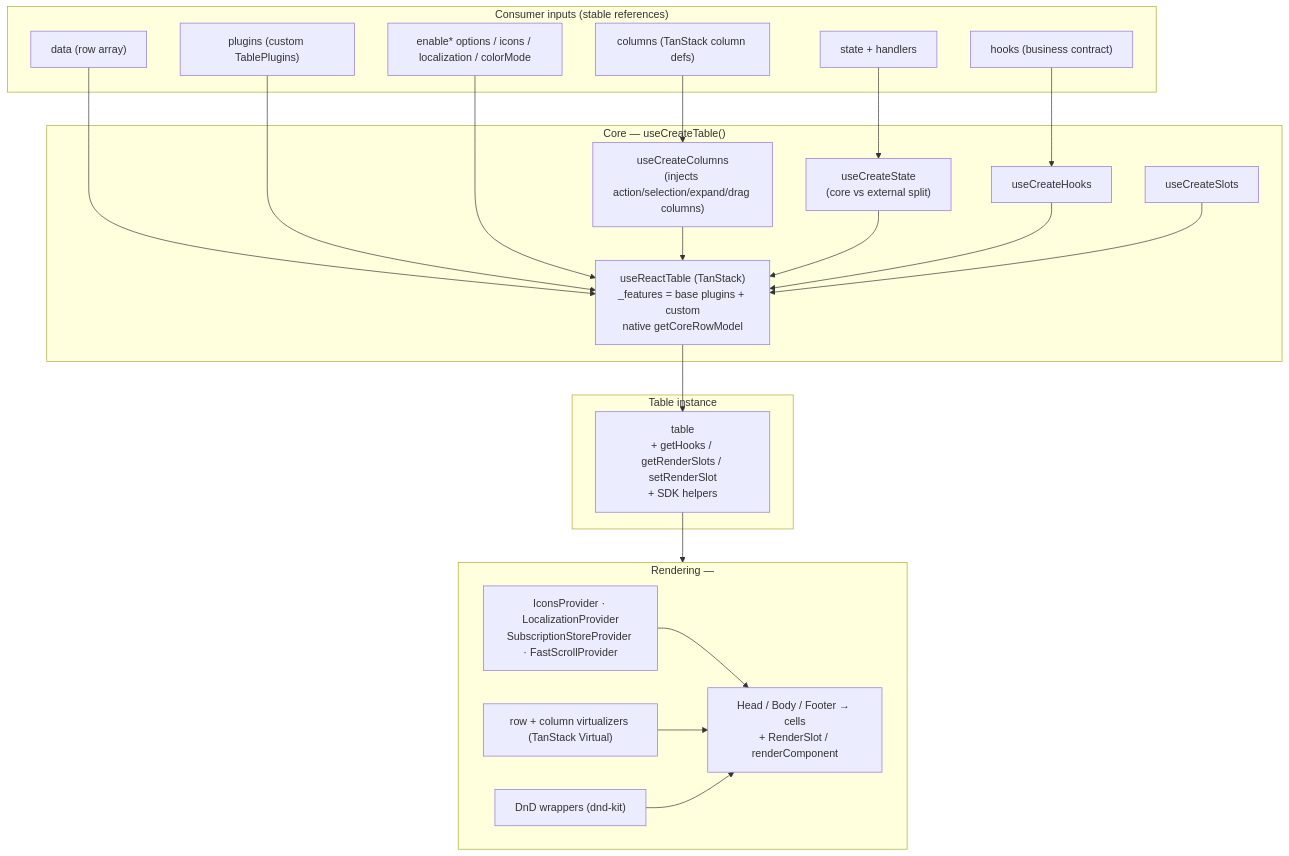
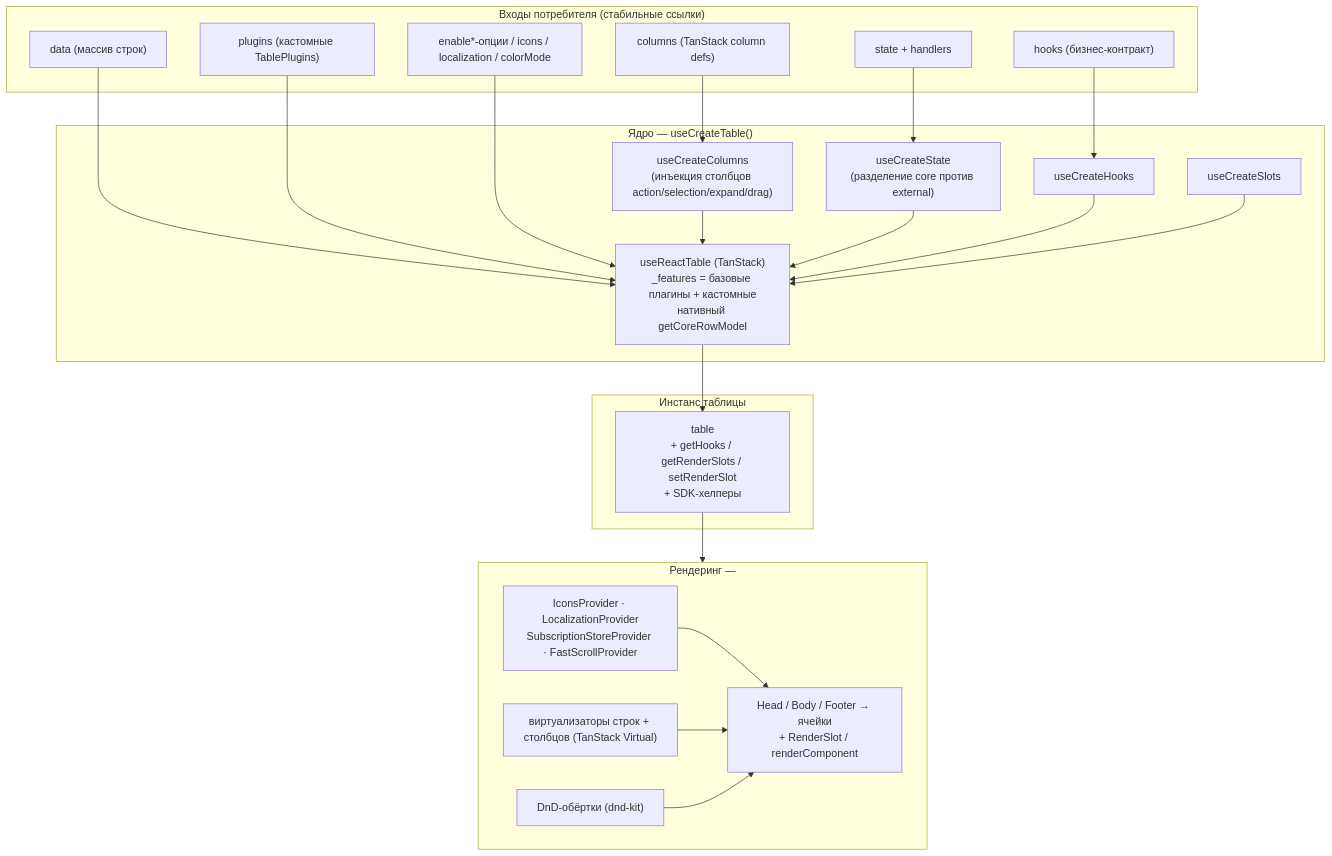
Before and after one commit to tessera-grid/tessera: the diagram in docs/architecture/README.md, drawn with Mermaid. The commit also changed other lines of this file and 15 other files, not shown here.

First line of the commit message:
docs(architecture): translate to Russian and restructure the knowledge base

````diff
--- a/docs/architecture/README.md
+++ b/docs/architecture/README.md
@@ -73,46 +76,46 @@
 ```mermaid
 flowchart TB
-    subgraph consumer["Consumer inputs (stable references)"]
+    subgraph consumer["Входы потребителя (стабильные ссылки)"]
         COLS["columns (TanStack column defs)"]
-        DATA["data (row array)"]
+        DATA["data (массив строк)"]
         STATE["state + handlers"]
-        HOOKS["hooks (business contract)"]
-        PLUGINS["plugins (custom TablePlugins)"]
-        OPTS["enable* options / icons / localization / colorMode"]
+        HOOKS["hooks (бизнес-контракт)"]
+        PLUGINS["plugins (кастомные TablePlugins)"]
+        OPTS["enable*-опции / icons / localization / colorMode"]
     end
 
-    subgraph core["Core — useCreateTable()"]
-        CC["useCreateColumns<br/>(injects action/selection/expand/drag columns)"]
-        CS["useCreateState<br/>(core vs external split)"]
+    subgraph core["Ядро — useCreateTable()"]
+        CC["useCreateColumns<br/>(инъекция столбцов action/selection/expand/drag)"]
+        CS["useCreateState<br/>(разделение core против external)"]
         CH["useCreateHooks"]
         CSL["useCreateSlots"]
-        RT["useReactTable (TanStack)<br/>_features = base plugins + custom<br/>native getCoreRowModel"]
+        RT["useReactTable (TanStack)<br/>_features = базовые плагины + кастомные<br/>нативный getCoreRowModel"]
     end
 
-    subgraph inst["Table instance"]
-        TI["table<br/>+ getHooks / getRenderSlots / setRenderSlot<br/>+ SDK helpers"]
+    subgraph inst["Инстанс таблицы"]
+        TI["table<br/>+ getHooks / getRenderSlots / setRenderSlot<br/>+ SDK-хелперы"]
     end
 
-    subgraph render["Rendering — <DataGrid/>"]
+    subgraph render["Рендеринг — <DataGrid/>"]
         PROV["IconsProvider · LocalizationProvider<br/>SubscriptionStoreProvider · FastScrollProvider"]
-        VIRT["row + column virtualizers (TanStack Virtual)"]
-        DND["DnD wrappers (dnd-kit)"]
-        UI["Head / Body / Footer → cells<br/>+ RenderSlot / renderComponent"]
+        VIRT["виртуализаторы строк + столбцов (TanStack Virtual)"]
+        DND["DnD-обёртки (dnd-kit)"]
+        UI["Head / Body / Footer → ячейки<br/>+ RenderSlot / renderComponent"]
     end
 
     COLS --> CC
     DATA --> RT
     STATE --> CS
     HOOKS --> CH
     PLUGINS --> RT
     OPTS --> RT
     CC --> RT
     CS --> RT
     CH --> RT
     CSL --> RT
     RT --> TI
     TI --> render
     PROV --> UI
     VIRT --> UI
     DND --> UI
 ```
````
